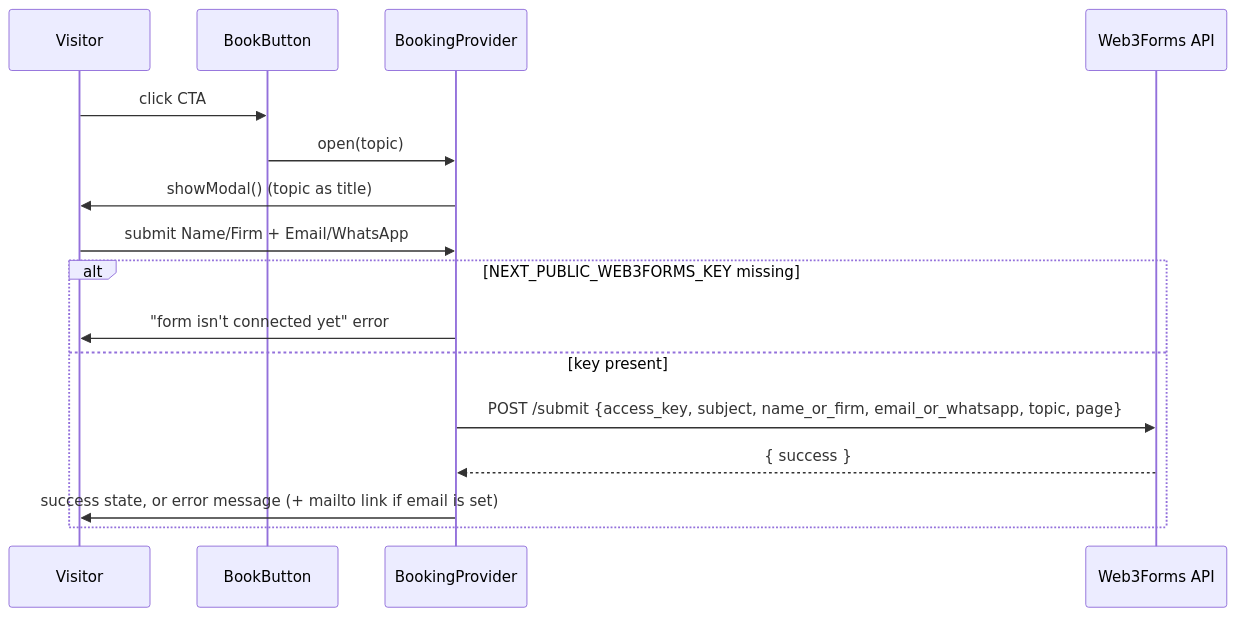
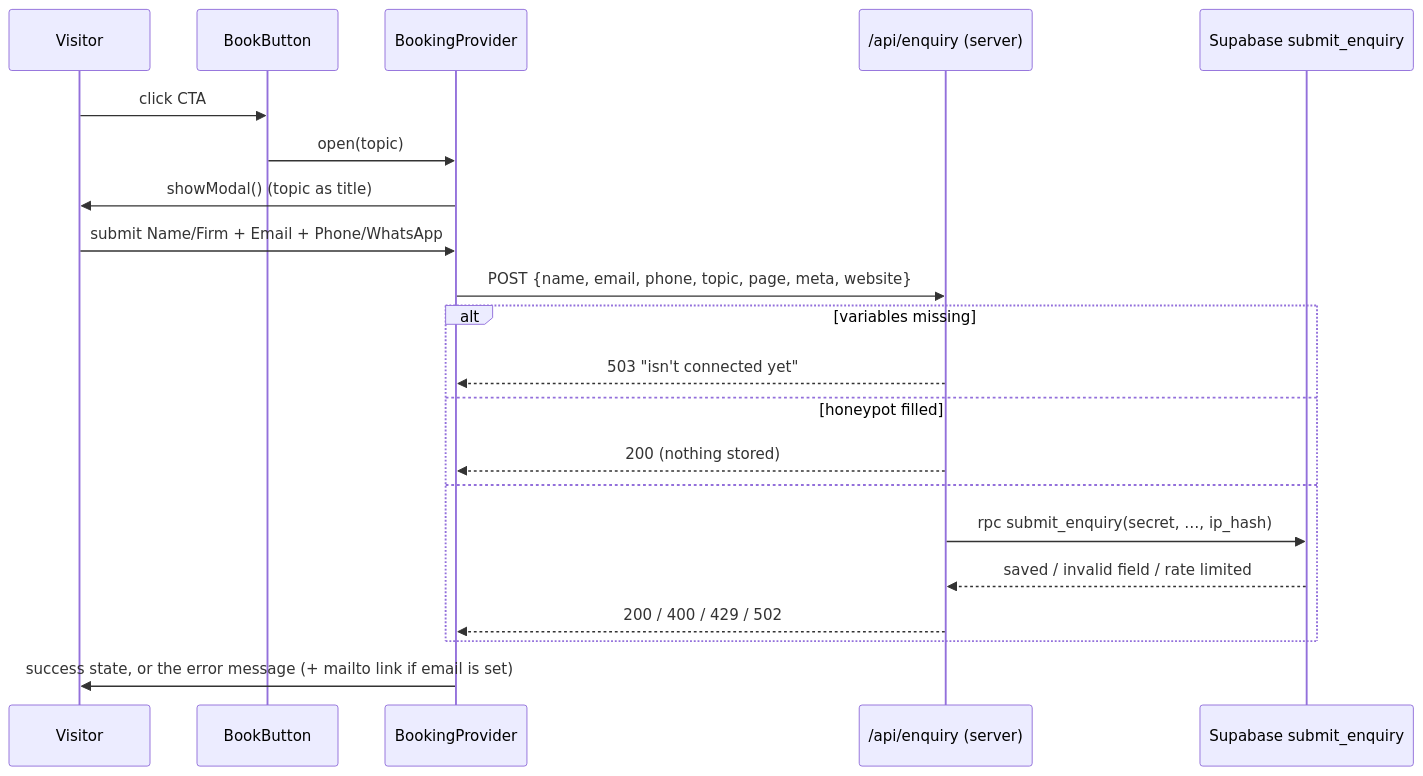
The third of 4 diagrams in architecture.md (Xenomorph27/Lambtech_website), drawn with Mermaid before and after one commit. The commit also changed other lines of this file and 1 other file, not shown here.

Commit message:
docs: architecture covers the enquiry route, three-field form and desk hand-off

````diff
--- a/architecture.md
+++ b/architecture.md
@@ -365,18 +371,23 @@
 ```mermaid
 sequenceDiagram
     participant V as Visitor
     participant B as BookButton
     participant P as BookingProvider
-    participant W as Web3Forms API
+    participant R as /api/enquiry (server)
+    participant D as Supabase submit_enquiry
     V->>B: click CTA
     B->>P: open(topic)
     P->>V: showModal() (topic as title)
-    V->>P: submit Name/Firm + Email/WhatsApp
-    alt NEXT_PUBLIC_WEB3FORMS_KEY missing
-        P->>V: "form isn't connected yet" error
-    else key present
-        P->>W: POST /submit {access_key, subject, name_or_firm, email_or_whatsapp, topic, page}
-        W-->>P: { success }
-        P->>V: success state, or error message (+ mailto link if email is set)
+    V->>P: submit Name/Firm + Email + Phone/WhatsApp
+    P->>R: POST {name, email, phone, topic, page, meta, website}
+    alt variables missing
+        R-->>P: 503 "isn't connected yet"
+    else honeypot filled
+        R-->>P: 200 (nothing stored)
+    else
+        R->>D: rpc submit_enquiry(secret, …, ip_hash)
+        D-->>R: saved / invalid field / rate limited
+        R-->>P: 200 / 400 / 429 / 502
     end
+    P->>V: success state, or the error message (+ mailto link if email is set)
 ```
````
